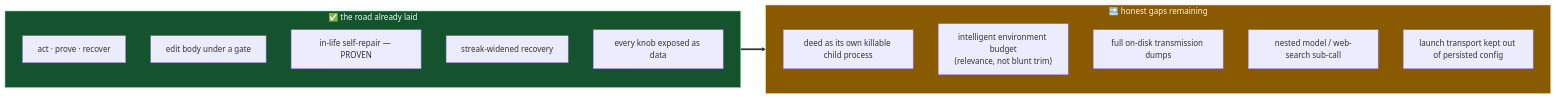
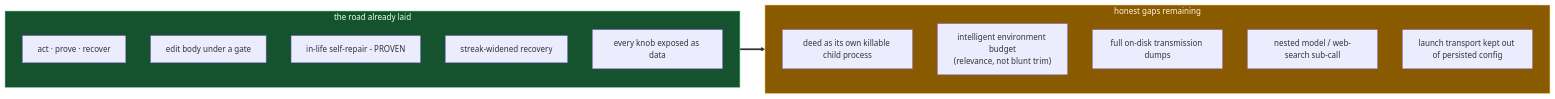
Diagram 16 of 17 in README.md (wgabrys88/endgame-ai), drawn with Mermaid before and after one commit. The commit also changed other lines of this file, not shown here.

````diff
--- a/README.md
+++ b/README.md
@@ -531,20 +531,20 @@
 ```mermaid
 flowchart LR
-    subgraph DONE["✅ the road already laid"]
+    subgraph DONE["the road already laid"]
         D1["act · prove · recover"]
         D2["edit body under a gate"]
-        D3["in-life self-repair — PROVEN"]
+        D3["in-life self-repair - PROVEN"]
         D4["streak-widened recovery"]
         D5["every knob exposed as data"]
     end
-    subgraph GAP["🔜 honest gaps remaining"]
+    subgraph GAP["honest gaps remaining"]
         G1["deed as its own killable child process"]
         G2["intelligent environment budget<br/>(relevance, not blunt trim)"]
         G3["full on-disk transmission dumps"]
         G4["nested model / web-search sub-call"]
         G5["launch transport kept out of persisted config"]
     end
     DONE ==> GAP
     style DONE fill:#14532d,stroke:#7be0a6,color:#eafff2
     style GAP fill:#8a5a00,stroke:#ffd479,color:#fff6e0
 ```
````
